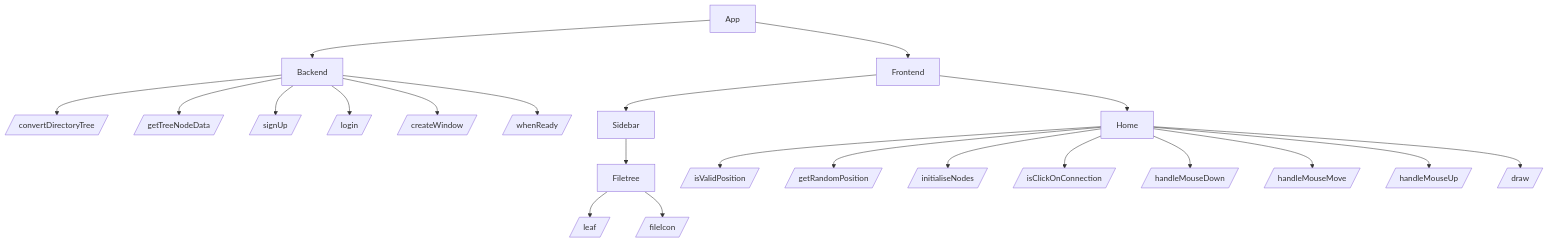
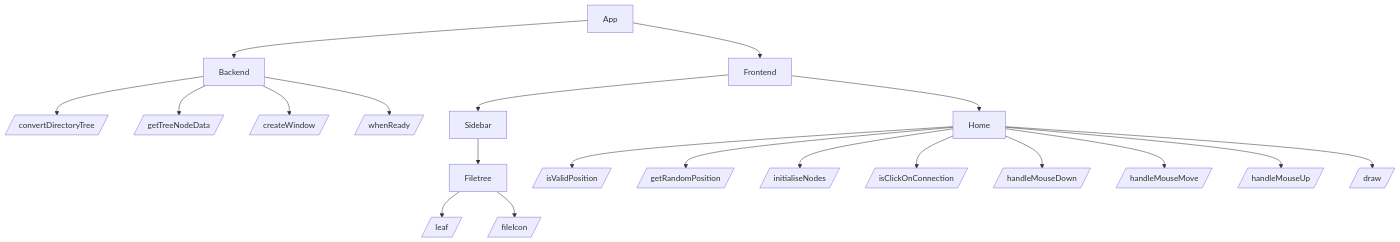
The first of 26 diagrams in writeup/3 - Design/3.2 - Design Part II/3.2.1-algorithms.md (samcalthrop/NodePad), drawn with Mermaid before and after one commit. The commit also changed other lines of this file and 10 other files, not shown here.

````diff
--- a/writeup/3 - Design/3.2 - Design Part II/3.2.1-algorithms.md
+++ b/writeup/3 - Design/3.2 - Design Part II/3.2.1-algorithms.md
@@ -16,31 +18,29 @@
 ```mermaid
 
 flowchart TD
 
 App[App] --> Back[Backend]
 App --> Front[Frontend]
 
 Back --> A[/convertDirectoryTree/]
 Back --> P[/getTreeNodeData/]
-Back --> B[/signUp/]
-Back --> C[/login/]
 Back --> N[/createWindow/]
 Back --> O[/whenReady/]
 
 Front --> Side[Sidebar]
 Front --> Home[Home]
 
 Side --> File[Filetree]
 
 File --> D[/leaf/]
 File --> E[/fileIcon/]
 
 Home --> F[/isValidPosition/]
 Home --> G[/getRandomPosition/]
 Home --> H[/initialiseNodes/]
 Home --> I[/isClickOnConnection/]
 Home --> J[/handleMouseDown/]
 Home --> K[/handleMouseMove/]
 Home --> L[/handleMouseUp/]
 Home --> M[/draw/]
 ```
````
